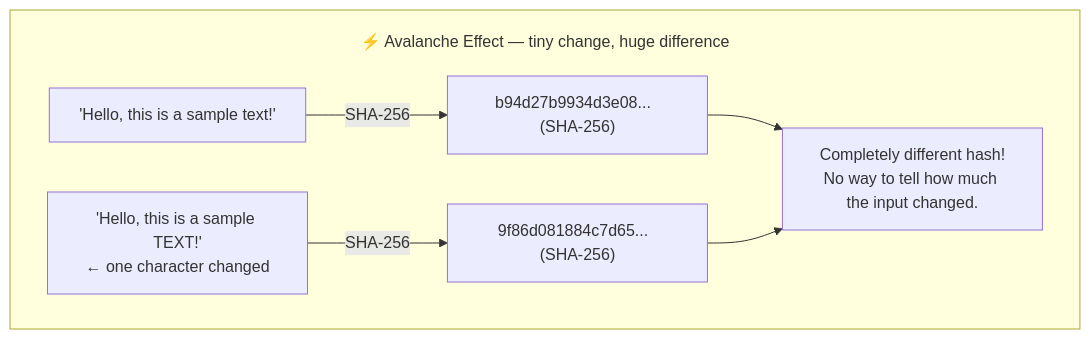
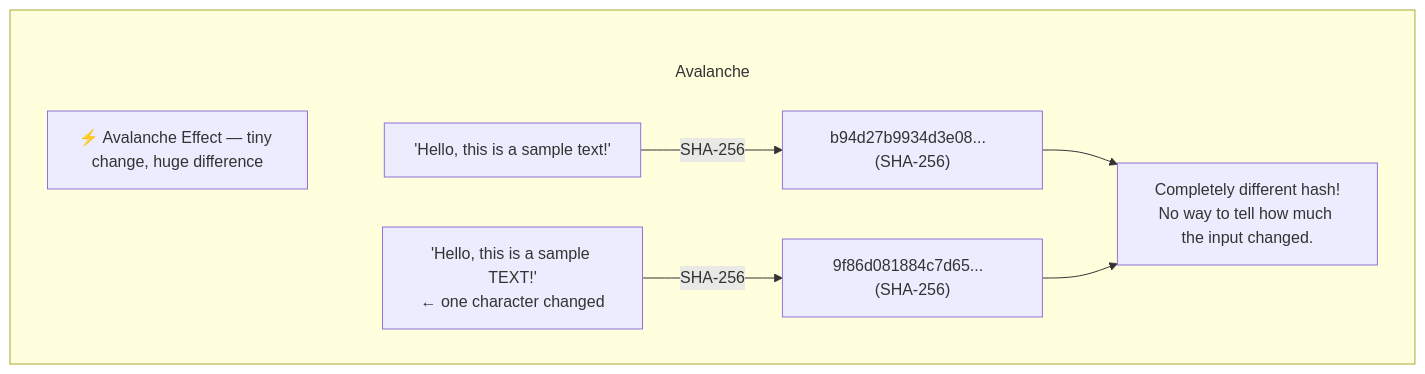
The first of 9 diagrams in src/main/java/security/encryption/integrity/README.md (csoares/SecurityJava), drawn with Mermaid before and after one commit. The commit also changed other lines of this file and 11 other files, not shown here.

Commit message:
Fix Mermaid subgraph title overlap by moving labels into title nodes Replace subgraph label syntax (which overlaps first node) with explicit title nodes inside each subgraph, connected via invisible edges (~~~). Also increase subGraphTitleMargin top padding from 20 to 50 for extra space.

````diff
--- a/src/main/java/security/encryption/integrity/README.md
+++ b/src/main/java/security/encryption/integrity/README.md
@@ -24,14 +24,16 @@
 ```mermaid
-%%{init: {'flowchart': {'subGraphTitleMargin': {'top': 20, 'bottom': 5}}}}%%
+%%{init: {'flowchart': {'subGraphTitleMargin': {'top': 50, 'bottom': 10}}}}%%
 flowchart TD
-    subgraph Avalanche ["⚡ Avalanche Effect — tiny change, huge difference"]
+    subgraph Avalanche
+        T_Avalanche["⚡ Avalanche Effect — tiny change, huge difference"]
+        T_Avalanche ~~~ D1
         D1["'Hello, this is a sample text!'"]
         D2["'Hello, this is a sample TEXT!'<br/>← one character changed"]
         H1["b94d27b9934d3e08...  (SHA-256)"]
         H2["9f86d081884c7d65...  (SHA-256)"]
         D1 -->|"SHA-256"| H1
         D2 -->|"SHA-256"| H2
         DIFF["Completely different hash!<br/>No way to tell how much the input changed."]
         H1 & H2 --> DIFF
     end
 ```
````
